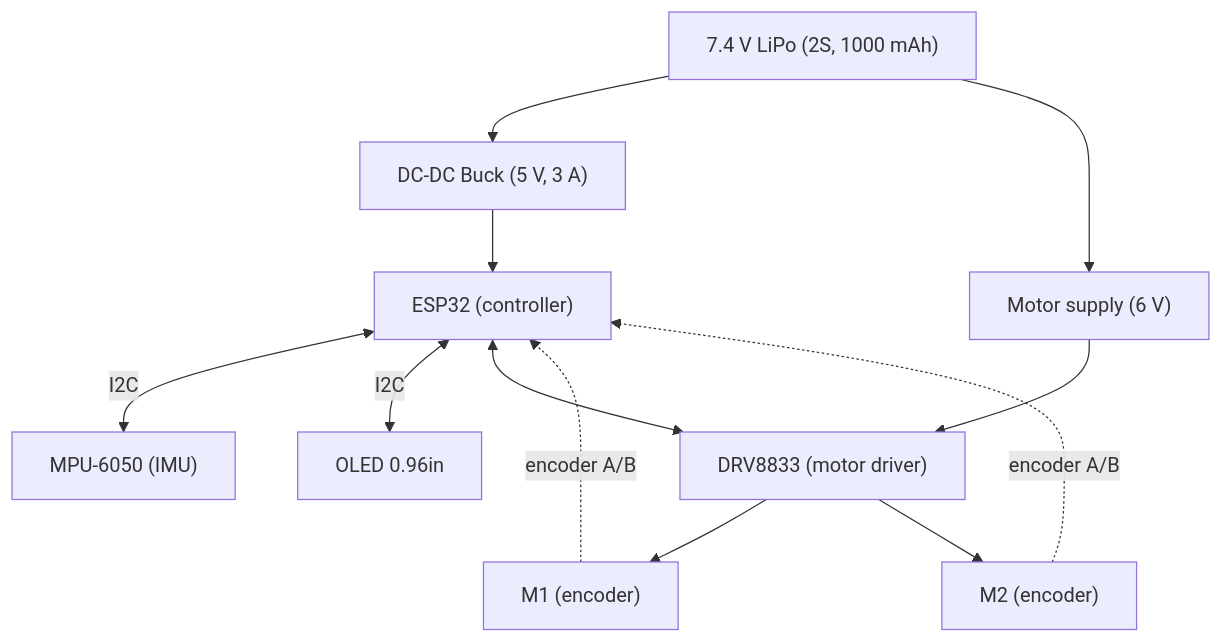
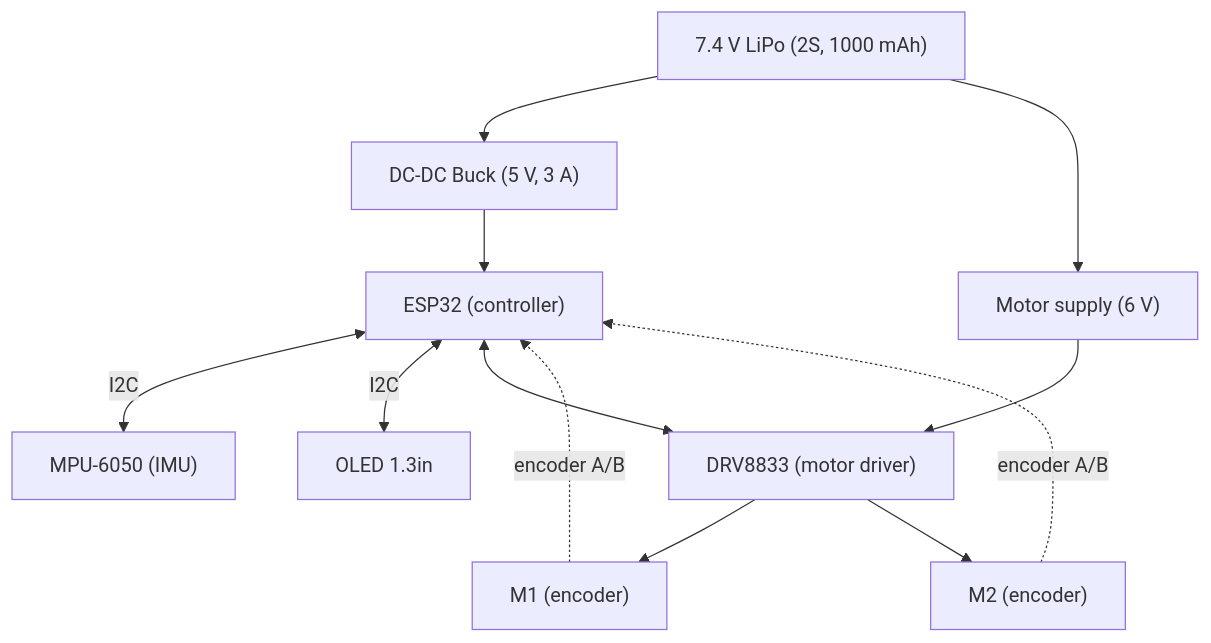
The diagram in wiring/README.md (aamna-builds/BO-BOT), drawn with Mermaid before and after one commit. The commit also changed 5 other files, not shown here.

````diff
--- a/wiring/README.md
+++ b/wiring/README.md
@@ -5,14 +5,14 @@
 ```mermaid
 flowchart TD
     BAT["7.4 V LiPo (2S, 1000 mAh)"] --> BUCK["DC-DC Buck (5 V, 3 A)"]
     BAT --> MSUP["Motor supply (6 V)"]
     BUCK --> ESP["ESP32 (controller)"]
     ESP <-->|I2C| MPU["MPU-6050 (IMU)"]
-    ESP <-->|I2C| OLED["OLED 0.96in"]
+    ESP <-->|I2C| OLED["OLED 1.3in"]
     ESP <--> DRV["DRV8833 (motor driver)"]
     MSUP --> DRV
     DRV --> M1["M1 (encoder)"]
     DRV --> M2["M2 (encoder)"]
     M1 -. encoder A/B .-> ESP
     M2 -. encoder A/B .-> ESP
 ```
````
